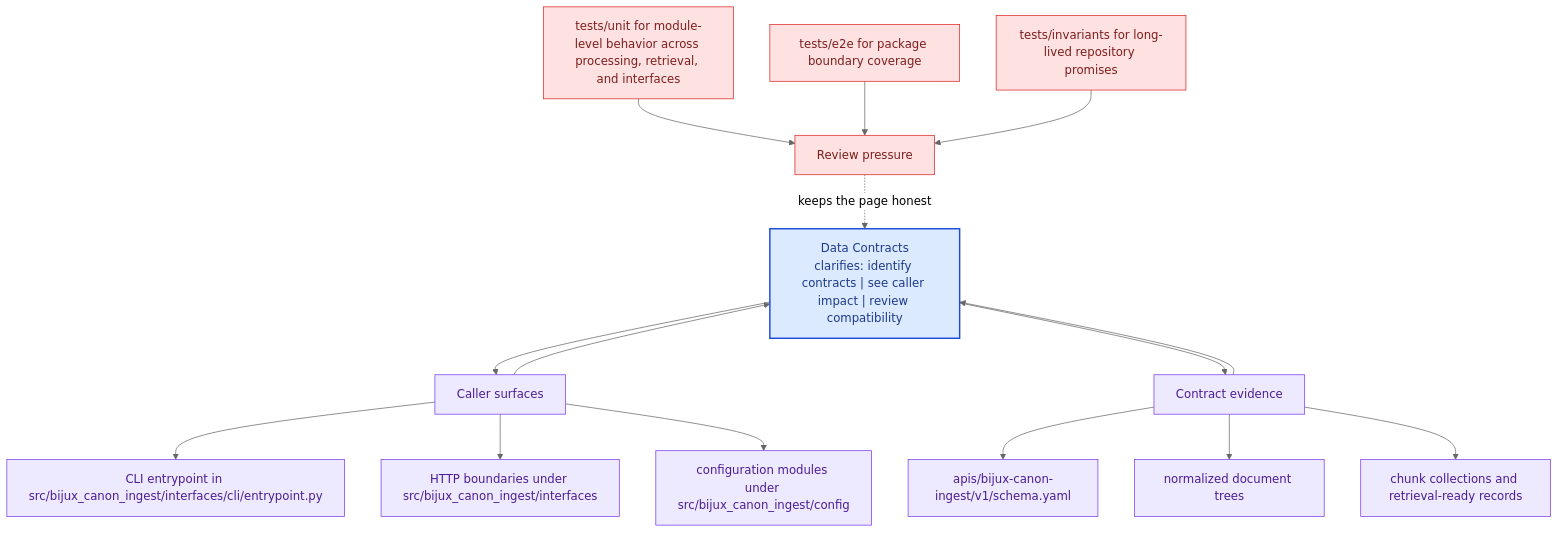
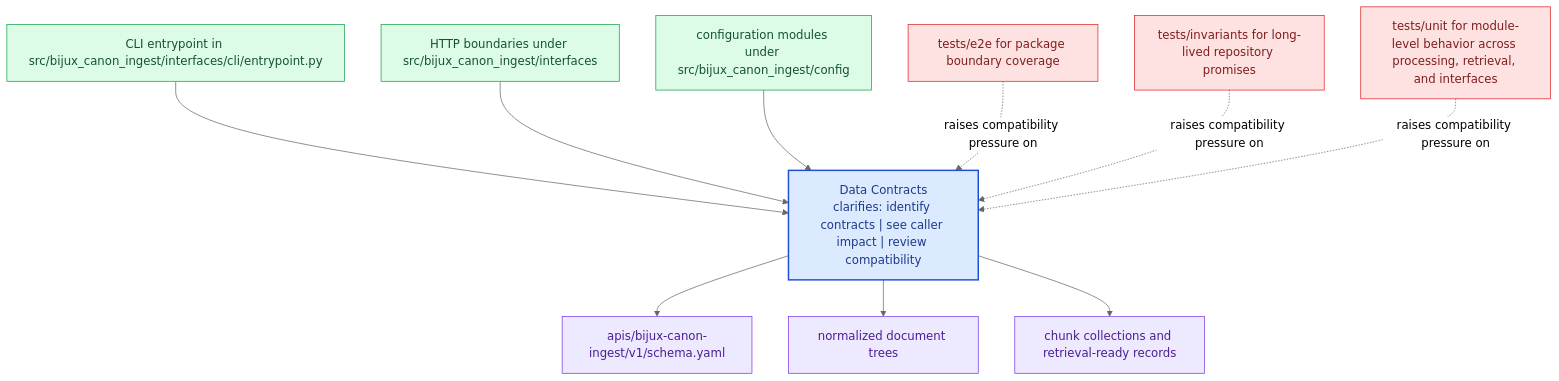
One commit to bijux/bijux-canon changed the diagram in docs/bijux-canon-ingest/interfaces/data-contracts.md. Above: the diagram before and after it, drawn with Mermaid (neutral theme). The commit also changed other lines of this file and 281 other files, not shown here.

Commit message:
docs(diagrams): replace repeated mermaid scaffolds with page-specific summaries

````diff
--- a/docs/bijux-canon-ingest/interfaces/data-contracts.md
+++ b/docs/bijux-canon-ingest/interfaces/data-contracts.md
@@ -68,41 +23,31 @@
 ```mermaid
 flowchart TB
-    promise["Data Contracts<br/>clarifies: identify contracts | see caller impact | review compatibility"]
-    classDef promise fill:#dbeafe,stroke:#1d4ed8,color:#1e3a8a,stroke-width:2px;
-    classDef driver fill:#dcfce7,stroke:#16a34a,color:#14532d;
-    classDef constraint fill:#fee2e2,stroke:#dc2626,color:#7f1d1d;
-    classDef ground fill:#ede9fe,stroke:#7c3aed,color:#4c1d95;
-    focus1["Caller surfaces"]
-    focus1 --> promise
-    promise --> focus1
-    focus1_1["CLI entrypoint in src/bijux_canon_ingest/interfaces/cli/entrypoint.py"]
-    focus1 --> focus1_1
-    focus1_2["HTTP boundaries under src/bijux_canon_ingest/interfaces"]
-    focus1 --> focus1_2
-    focus1_3["configuration modules under src/bijux_canon_ingest/config"]
-    focus1 --> focus1_3
-    class focus1 ground;
-    class focus1_1,focus1_2,focus1_3 ground;
-    focus2["Contract evidence"]
-    focus2 --> promise
-    promise --> focus2
-    focus2_1["apis/bijux-canon-ingest/v1/schema.yaml"]
-    focus2 --> focus2_1
-    focus2_2["normalized document trees"]
-    focus2 --> focus2_2
-    focus2_3["chunk collections and retrieval-ready records"]
-    focus2 --> focus2_3
-    class focus2 ground;
-    class focus2_1,focus2_2,focus2_3 ground;
-    focus3["Review pressure"]
-    focus3 -.keeps the page honest.-> promise
-    focus3_1["tests/unit for module-level behavior across processing, retrieval, and interfaces"]
-    focus3_1 --> focus3
-    focus3_2["tests/e2e for package boundary coverage"]
-    focus3_2 --> focus3
-    focus3_3["tests/invariants for long-lived repository promises"]
-    focus3_3 --> focus3
-    class focus3 constraint;
-    class focus3_1,focus3_2,focus3_3 constraint;
-    class promise promise;
+    page["Data Contracts<br/>clarifies: identify contracts | see caller impact | review compatibility"]
+    classDef page fill:#dbeafe,stroke:#1d4ed8,color:#1e3a8a,stroke-width:2px;
+    classDef positive fill:#dcfce7,stroke:#16a34a,color:#14532d;
+    classDef caution fill:#fee2e2,stroke:#dc2626,color:#7f1d1d;
+    classDef anchor fill:#ede9fe,stroke:#7c3aed,color:#4c1d95;
+    classDef action fill:#fef3c7,stroke:#d97706,color:#7c2d12;
+    surface1["CLI entrypoint in src/bijux_canon_ingest/interfaces/cli/entrypoint.py"]
+    surface1 --> page
+    surface2["HTTP boundaries under src/bijux_canon_ingest/interfaces"]
+    surface2 --> page
+    surface3["configuration modules under src/bijux_canon_ingest/config"]
+    surface3 --> page
+    proof1["apis/bijux-canon-ingest/v1/schema.yaml"]
+    page --> proof1
+    proof2["normalized document trees"]
+    page --> proof2
+    proof3["chunk collections and retrieval-ready records"]
+    page --> proof3
+    review1["tests/e2e for package boundary coverage"]
+    review1 -.raises compatibility pressure on.-> page
+    review2["tests/invariants for long-lived repository promises"]
+    review2 -.raises compatibility pressure on.-> page
+    review3["tests/unit for module-level behavior across processing, retrieval, and interfaces"]
+    review3 -.raises compatibility pressure on.-> page
+    class page page;
+    class surface1,surface2,surface3 positive;
+    class proof1,proof2,proof3 anchor;
+    class review1,review2,review3 caution;
 ```
````
